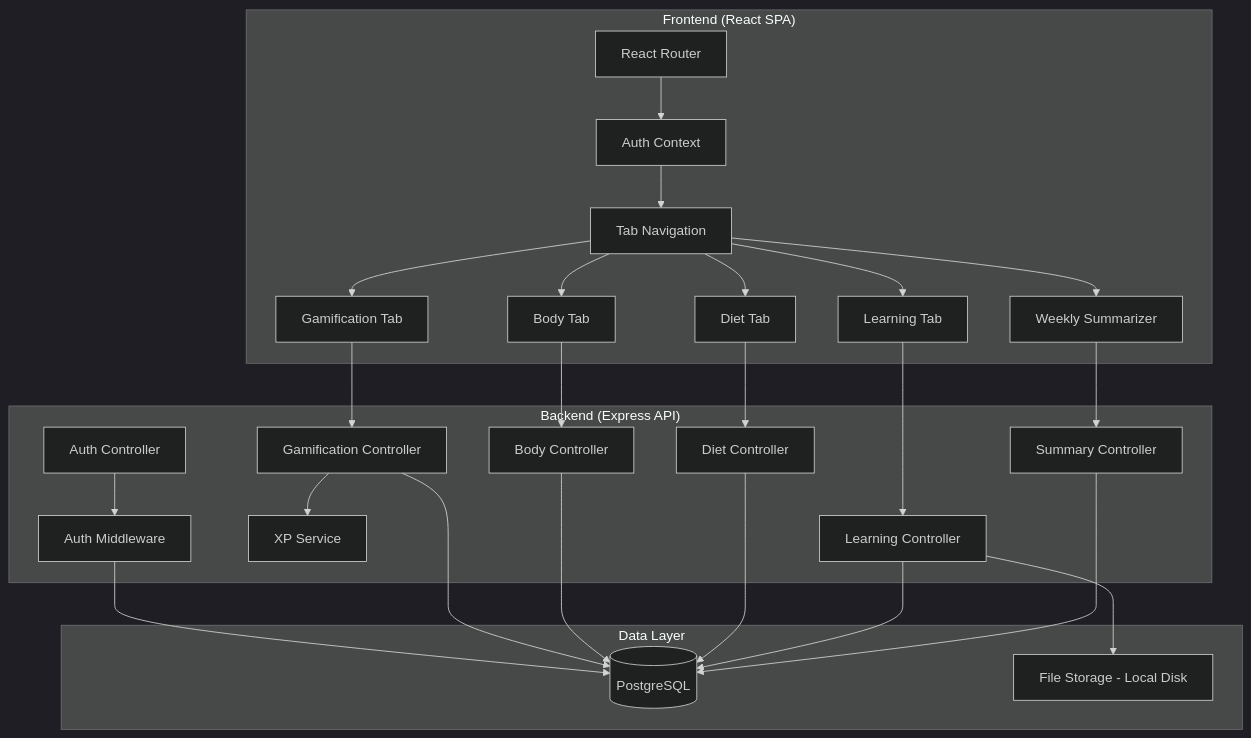
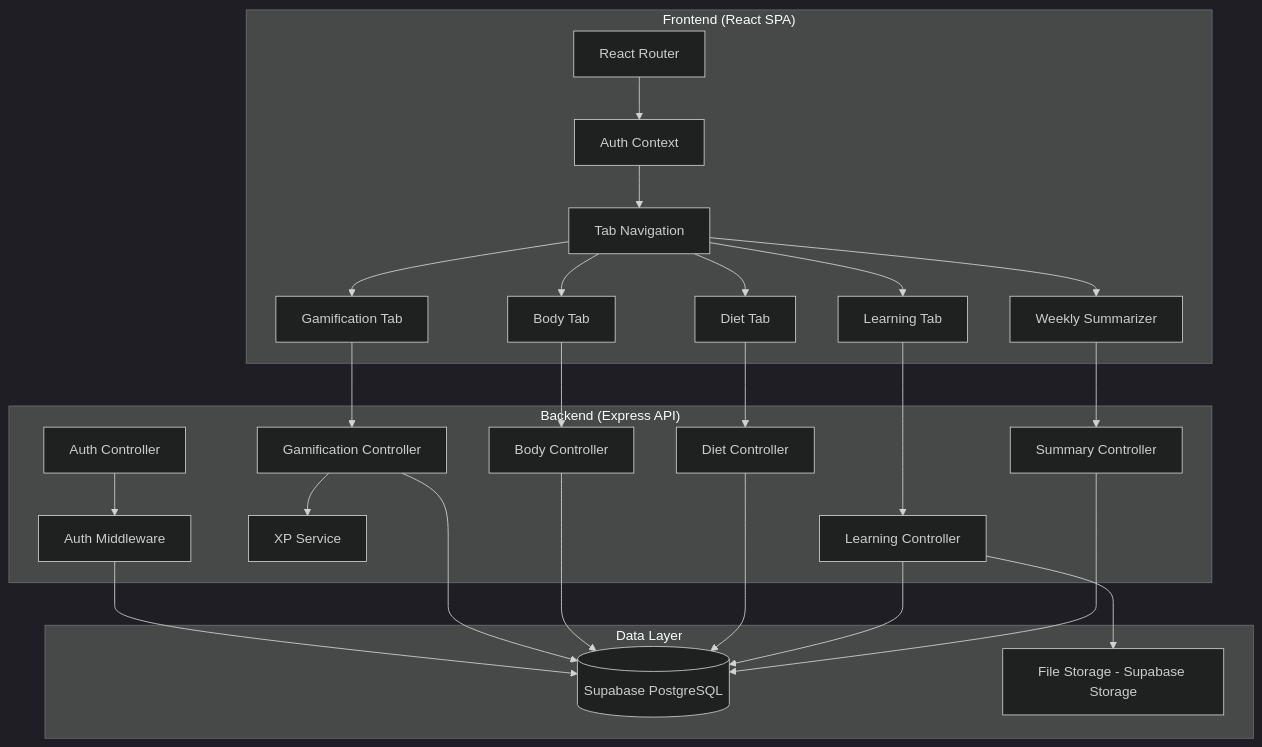
Before and after one commit to VitorPietrobom/project-solo-levelling: the first of 3 diagrams in .kiro/specs/level-up-portal/design.md, drawn with Mermaid (dark theme). The commit also changed other lines of this file and 1 other file, not shown here.

First line of the commit message:
docs(level-up-portal): Update design spec with Supabase integration and deployment architecture

````diff
--- a/.kiro/specs/level-up-portal/design.md
+++ b/.kiro/specs/level-up-portal/design.md
@@ -23,53 +24,53 @@
 ```mermaid
 graph TB
     subgraph Frontend ["Frontend (React SPA)"]
         Router[React Router]
         Auth[Auth Context]
         Tabs[Tab Navigation]
         GamTab[Gamification Tab]
         BodyTab[Body Tab]
         DietTab[Diet Tab]
         LearnTab[Learning Tab]
         Summary[Weekly Summarizer]
     end
 
     subgraph Backend ["Backend (Express API)"]
         AuthAPI[Auth Controller]
         GamAPI[Gamification Controller]
         BodyAPI[Body Controller]
         DietAPI[Diet Controller]
         LearnAPI[Learning Controller]
         SummaryAPI[Summary Controller]
         XPService[XP Service]
         Middleware[Auth Middleware]
     end
 
     subgraph Storage ["Data Layer"]
-        DB[(PostgreSQL)]
-        FileStore[File Storage - Local Disk]
+        DB[(Supabase PostgreSQL)]
+        FileStore[File Storage - Supabase Storage]
     end
 
     Router --> Auth
     Auth --> Tabs
     Tabs --> GamTab
     Tabs --> BodyTab
     Tabs --> DietTab
     Tabs --> LearnTab
     Tabs --> Summary
 
     GamTab --> GamAPI
     BodyTab --> BodyAPI
     DietTab --> DietAPI
     LearnTab --> LearnAPI
     Summary --> SummaryAPI
 
     AuthAPI --> Middleware
     GamAPI --> XPService
     Middleware --> DB
     GamAPI --> DB
     BodyAPI --> DB
     DietAPI --> DB
     LearnAPI --> DB
     LearnAPI --> FileStore
     SummaryAPI --> DB
 ```
````
